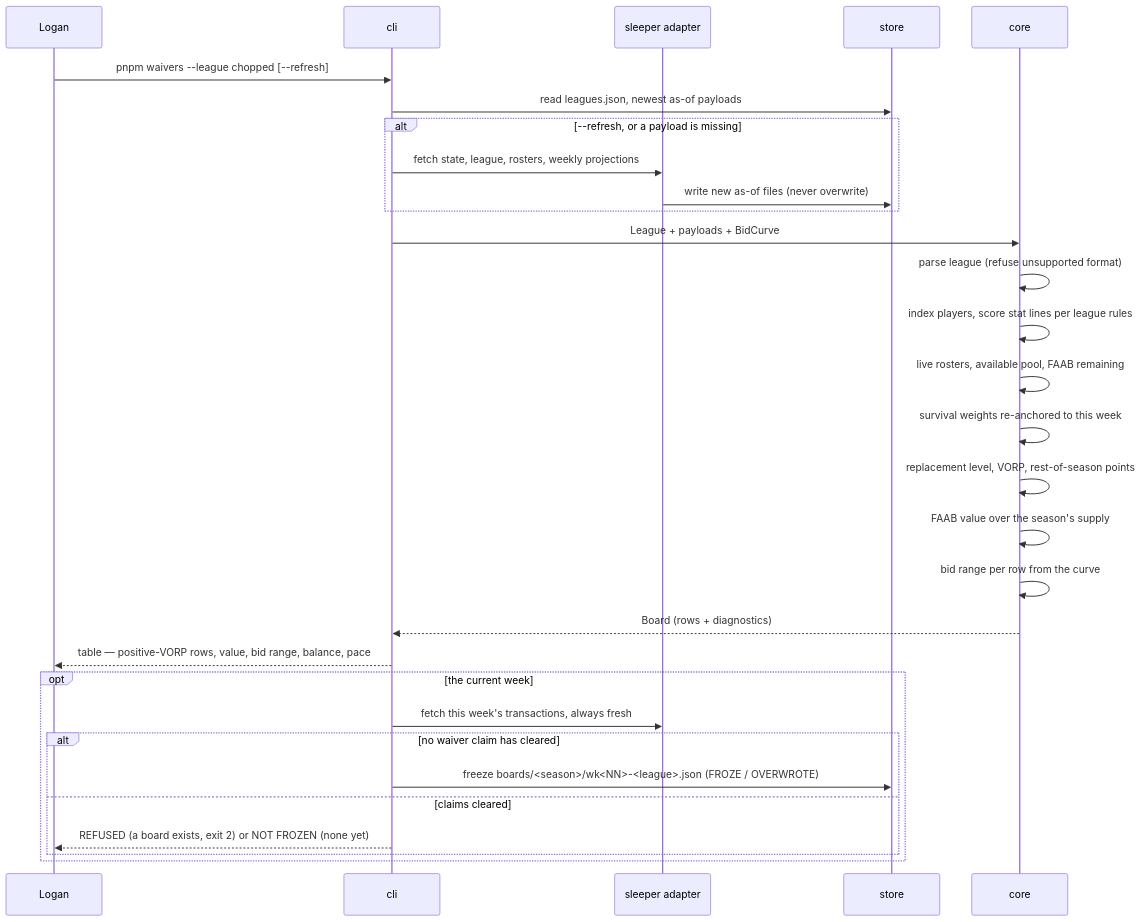
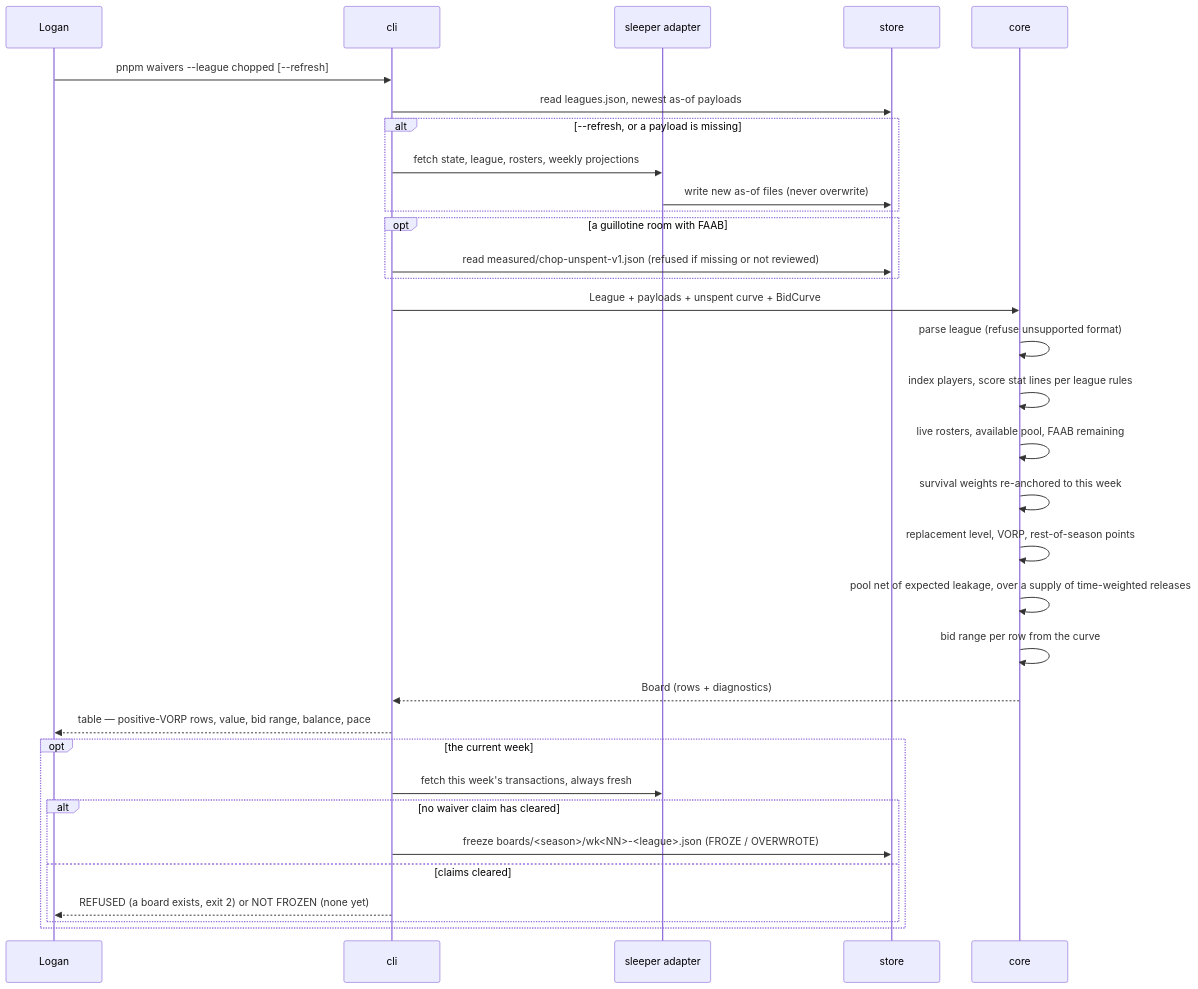
The second of 4 diagrams in docs/architecture.md (latechlogan/ff-assistant-reboot), drawn with Mermaid before and after one commit. The commit also changed 2 other files, not shown here.

Commit message:
Ticket 007: refuse FAAB pricing at any cadence but one a week; the diagram and the record
006's two-a-week case now proves the window on a room with no currency, and that a
FAAB room at two a week refuses by name.

````diff
--- a/docs/architecture.md
+++ b/docs/architecture.md
@@ -61,32 +61,35 @@
 ```mermaid
 sequenceDiagram
     participant U as Logan
     participant CLI as cli
     participant SL as sleeper adapter
     participant ST as store
     participant C as core
     U->>CLI: pnpm waivers --league chopped [--refresh]
     CLI->>ST: read leagues.json, newest as-of payloads
     alt --refresh, or a payload is missing
         CLI->>SL: fetch state, league, rosters, weekly projections
         SL->>ST: write new as-of files (never overwrite)
     end
-    CLI->>C: League + payloads + BidCurve
+    opt a guillotine room with FAAB
+        CLI->>ST: read measured/chop-unspent-v1.json (refused if missing or not reviewed)
+    end
+    CLI->>C: League + payloads + unspent curve + BidCurve
     C->>C: parse league (refuse unsupported format)
     C->>C: index players, score stat lines per league rules
     C->>C: live rosters, available pool, FAAB remaining
     C->>C: survival weights re-anchored to this week
     C->>C: replacement level, VORP, rest-of-season points
-    C->>C: FAAB value over the season's supply
+    C->>C: pool net of expected leakage, over a supply of time-weighted releases
     C->>C: bid range per row from the curve
     C-->>CLI: Board (rows + diagnostics)
     CLI-->>U: table — positive-VORP rows, value, bid range, balance, pace
     opt the current week
         CLI->>SL: fetch this week's transactions, always fresh
         alt no waiver claim has cleared
             CLI->>ST: freeze boards/<season>/wk<NN>-<league>.json (FROZE / OVERWROTE)
         else claims cleared
             CLI-->>U: REFUSED (a board exists, exit 2) or NOT FROZEN (none yet)
         end
     end
 ```
````
